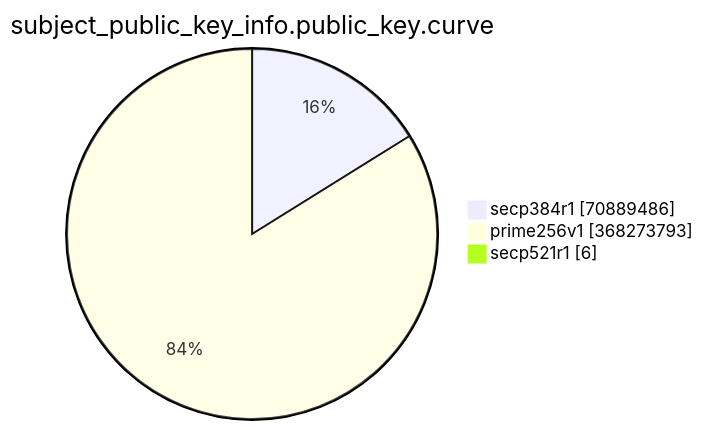
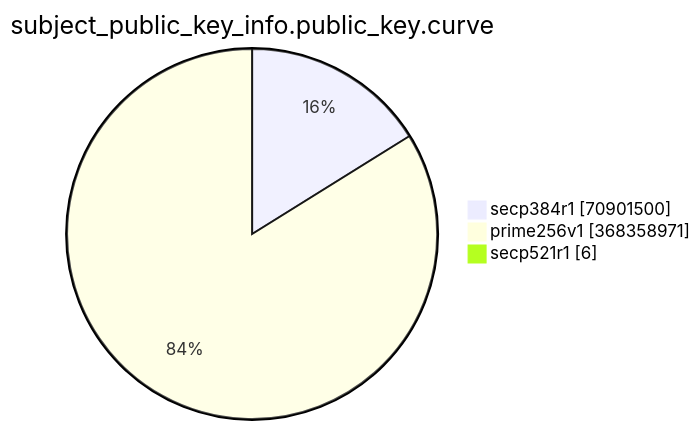
Before and after one commit to christiankrug/ctmonitor_visualization: the eighth of 15 diagrams in TOTAL/README.md, drawn with Mermaid. The commit also changed other lines of this file, not shown here.

````diff
--- a/TOTAL/README.md
+++ b/TOTAL/README.md
@@ -3094,7 +3094,7 @@
 ```mermaid
 pie showData
 title subject_public_key_info.public_key.curve
-"secp384r1" :70889486
-"prime256v1" :368273793
+"secp384r1" :70901500
+"prime256v1" :368358971
 "secp521r1" :6
 ```
````
